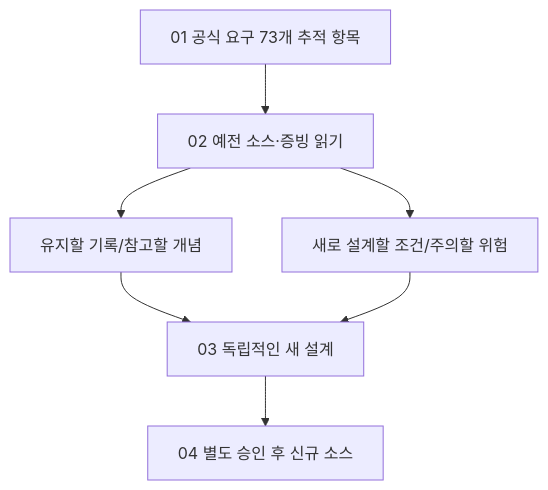
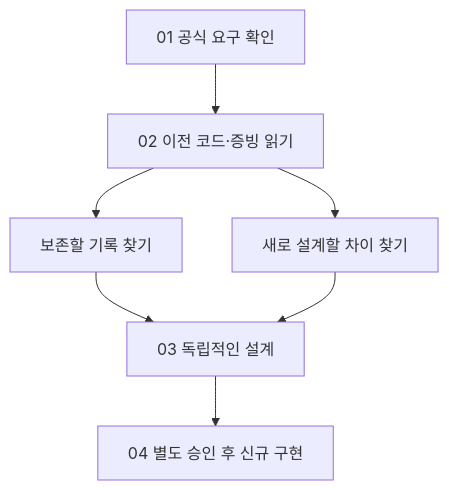
Before and after one commit to MetaStudy999/codyssey-basic-web-portfolio: the first of 2 diagrams in training/round-04-agent/02-analysis/README.md, drawn with Mermaid. The commit also changed other lines of this file, not shown here.

Commit message:
docs(b1-1): make stage 02 README beginner-first with nine-step annotated learning flow

````diff
--- a/training/round-04-agent/02-analysis/README.md
+++ b/training/round-04-agent/02-analysis/README.md
@@ -26,9 +34,9 @@
 ```mermaid
 flowchart TD
-  A["01 공식 요구 73개 추적 항목"] --> B["02 예전 소스·증빙 읽기"]
-  B --> C["유지할 기록/참고할 개념"]
-  B --> D["새로 설계할 조건/주의할 위험"]
-  C --> E["03 독립적인 새 설계"]
+  A["01 공식 요구 확인"] --> B["02 이전 코드·증빙 읽기"]
+  B --> C["보존할 기록 찾기"]
+  B --> D["새로 설계할 차이 찾기"]
+  C --> E["03 독립적인 설계"]
   D --> E
-  E --> F["04 별도 승인 후 신규 소스"]
+  E --> F["04 별도 승인 후 신규 구현"]
 ```
````
